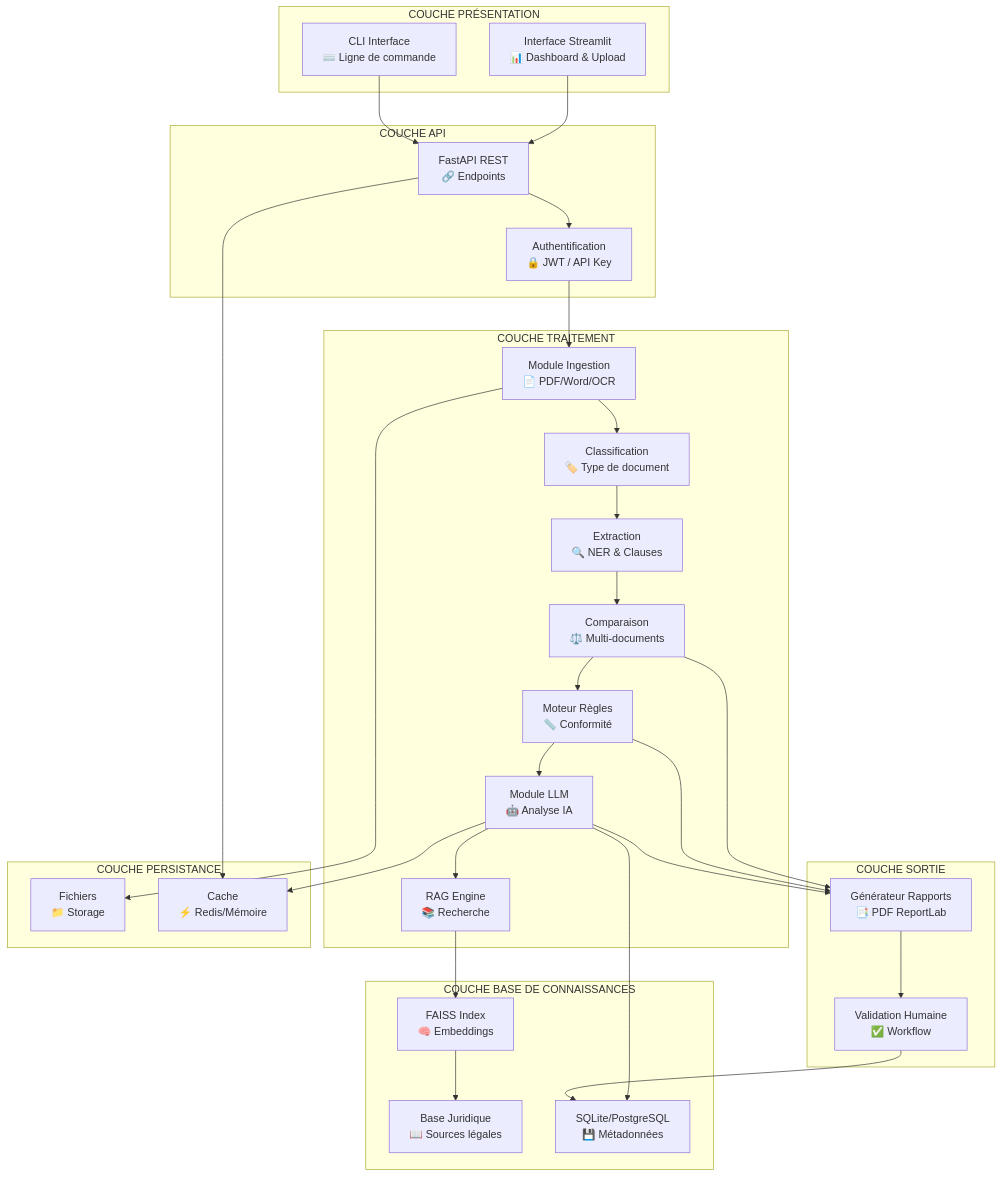
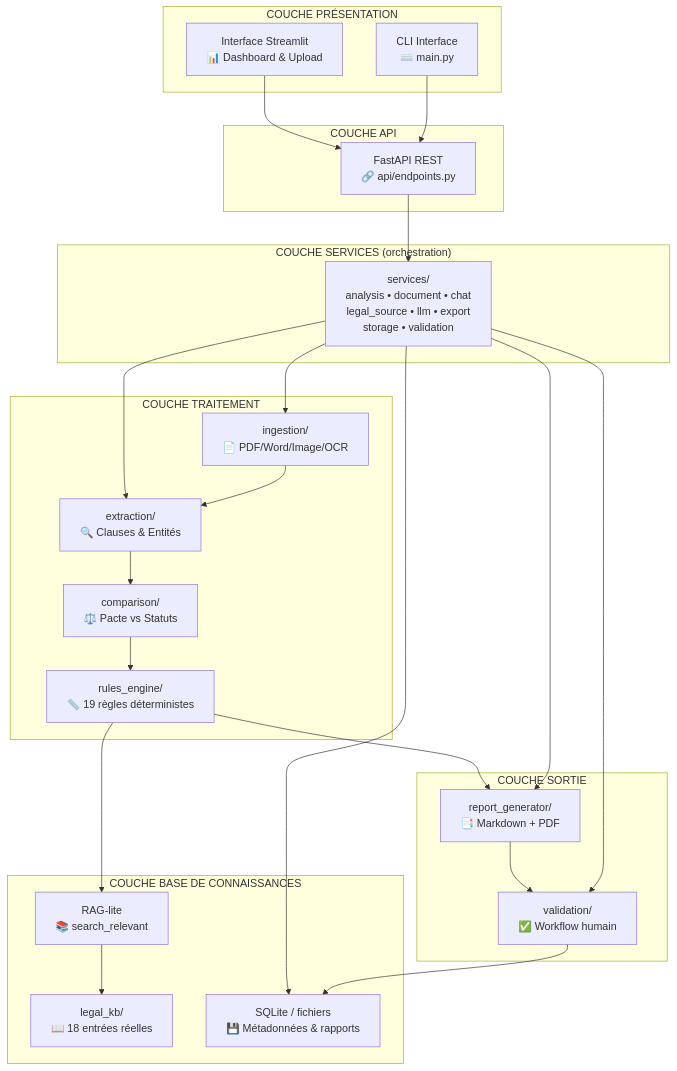
Before and after one commit to HichemMhadhbi/copilote-juridique: the first of 2 diagrams in docs/04_architecture.md, drawn with Mermaid. The commit also changed other lines of this file and 34 other files, not shown here.

First line of the commit message:
19 regles dont 6 risques futurs, detection documents manquants, tests hors-ligne et docs coherents (131 tests)

````diff
--- a/docs/04_architecture.md
+++ b/docs/04_architecture.md
@@ -12,60 +14,50 @@
 ```mermaid
 graph TB
     subgraph "COUCHE PRÉSENTATION"
         UI["Interface Streamlit<br/>📊 Dashboard & Upload"]
-        CLI["CLI Interface<br/>⌨️ Ligne de commande"]
+        CLI["CLI Interface<br/>⌨️ main.py"]
     end
 
     subgraph "COUCHE API"
-        API["FastAPI REST<br/>🔗 Endpoints"]
-        AUTH["Authentification<br/>🔒 JWT / API Key"]
+        API["FastAPI REST<br/>🔗 api/endpoints.py"]
+    end
+
+    subgraph "COUCHE SERVICES (orchestration)"
+        SRV["services/<br/>analysis • document • chat<br/>legal_source • llm • export<br/>storage • validation"]
     end
 
     subgraph "COUCHE TRAITEMENT"
-        ING["Module Ingestion<br/>📄 PDF/Word/OCR"]
-        CLS["Classification<br/>🏷️ Type de document"]
-        EXT["Extraction<br/>🔍 NER & Clauses"]
-        CMP["Comparaison<br/>⚖️ Multi-documents"]
-        RUL["Moteur Règles<br/>📏 Conformité"]
-        LLM["Module LLM<br/>🤖 Analyse IA"]
-        RAG["RAG Engine<br/>📚 Recherche"]
+        ING["ingestion/<br/>📄 PDF/Word/Image/OCR"]
+        EXT["extraction/<br/>🔍 Clauses & Entités"]
+        CMP["comparison/<br/>⚖️ Pacte vs Statuts"]
+        RUL["rules_engine/<br/>📏 19 règles déterministes"]
     end
 
     subgraph "COUCHE BASE DE CONNAISSANCES"
-        FAISS["FAISS Index<br/>🧠 Embeddings"]
-        KB["Base Juridique<br/>📖 Sources légales"]
-        DB["SQLite/PostgreSQL<br/>💾 Métadonnées"]
+        KB["legal_kb/<br/>📖 18 entrées réelles"]
+        RAG["RAG-lite<br/>📚 search_relevant"]
+        DB["SQLite / fichiers<br/>💾 Métadonnées & rapports"]
     end
 
     subgraph "COUCHE SORTIE"
-        RPT["Générateur Rapports<br/>📑 PDF ReportLab"]
-        VAL["Validation Humaine<br/>✅ Workflow"]
-    end
-
-    subgraph "COUCHE PERSISTANCE"
-        FS["Fichiers<br/>📁 Storage"]
-        CACHE["Cache<br/>⚡ Redis/Mémoire"]
+        RPT["report_generator/<br/>📑 Markdown + PDF"]
+        VAL["validation/<br/>✅ Workflow humain"]
     end
 
     UI --> API
     CLI --> API
-    API --> AUTH
-    AUTH --> ING
-    ING --> CLS
-    CLS --> EXT
+    API --> SRV
+    SRV --> ING
+    SRV --> EXT
+    ING --> EXT
     EXT --> CMP
     CMP --> RUL
-    RUL --> LLM
-    LLM --> RAG
-    RAG --> FAISS
-    FAISS --> KB
-    LLM --> DB
-    CMP --> RPT
+    RUL --> RAG
+    RAG --> KB
+    SRV --> DB
     RUL --> RPT
-    LLM --> RPT
+    SRV --> RPT
     RPT --> VAL
     VAL --> DB
-    ING --> FS
-    LLM --> CACHE
-    API --> CACHE
+    SRV --> VAL
 ```
````
